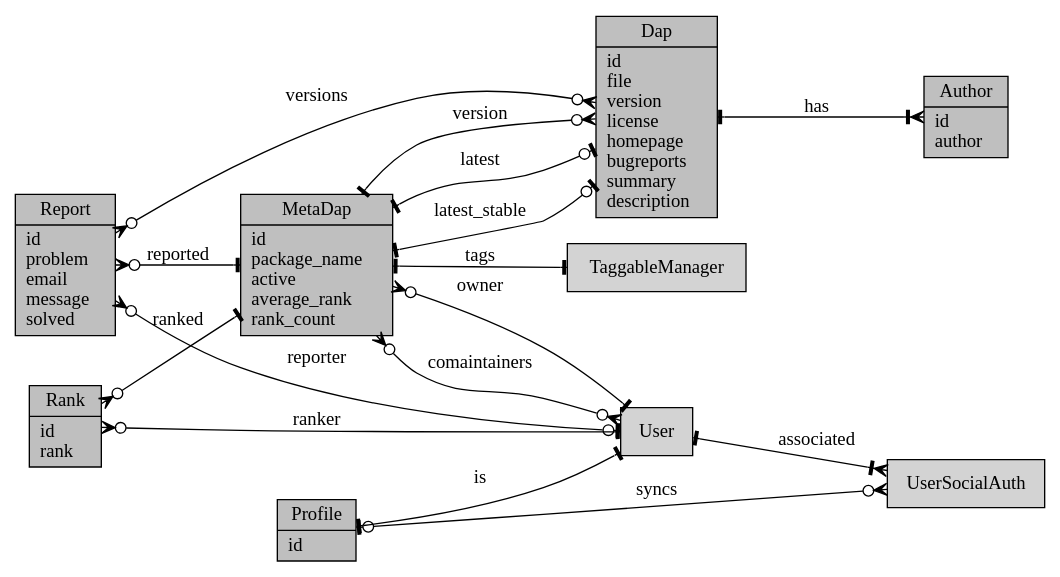
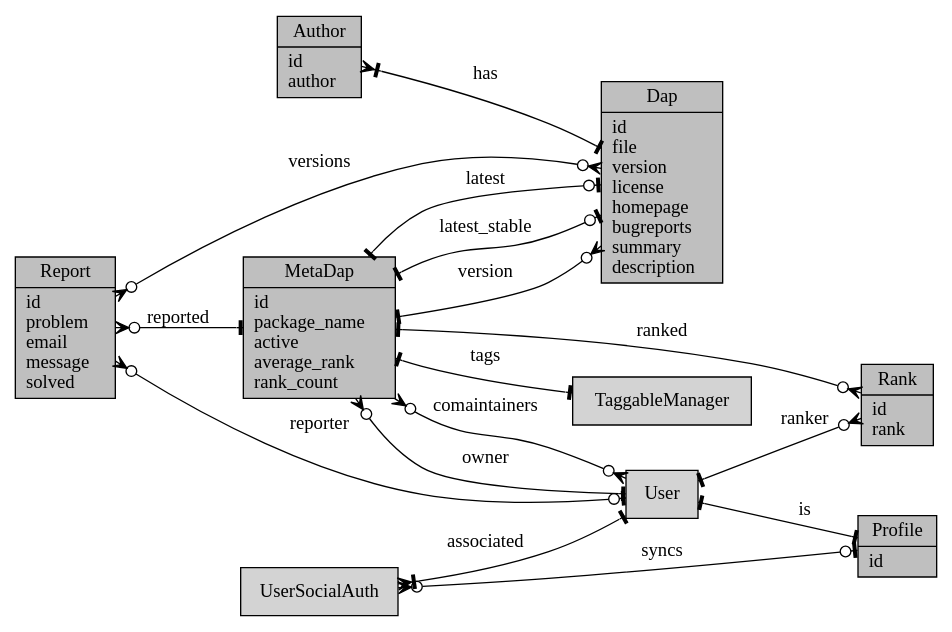
The diagram in pdfs/models.dot (hroncok/bakalarka), drawn with Graphviz before and after one commit. The commit also changed 2 other files, not shown here.

```diff
--- a/pdfs/models.dot
+++ b/pdfs/models.dot
@@ -1,30 +1,30 @@
 digraph ER {
   rankdir=LR;
-  node [shape=record, fillcolor=grey75, style=filled, fontname="Linux Libertine"];
+  node [shape=record, fillcolor=grey75, style=filled, fontname="Linux Libertine O"];
     MetaDap[label="MetaDap|id\lpackage_name\lactive\laverage_rank\lrank_count\l"];
     Dap[label="Dap|id\lfile\lversion\llicense\lhomepage\lbugreports\lsummary\ldescription\l"];
     Author[label="Author|id\lauthor\l"];
     Profile[label="Profile|id\l"];
     Rank[label="Rank|id\lrank\l"];
     Report[label="Report|id\lproblem\lemail\lmessage\lsolved\l"];
   node [fillcolor=lightgrey];
     User;
     UserSocialAuth;
     TaggableManager;
-  edge[dir=both, labelfontname="Linux Libertine", fontname="Linux Libertine"];
-  Profile -> User [arrowhead=tee arrowtail=tee, label="is"];
+  edge[dir=both, labelfontname="Linux Libertine O", fontname="Linux Libertine O"];
+  User -> Profile [arrowhead=tee arrowtail=tee, label="is"];
   MetaDap -> User [arrowhead=tee arrowtail=crowodot, label="owner"];
   MetaDap -> User [arrowhead=crowodot arrowtail=crowodot, label="comaintainers"];
   MetaDap -> Dap [arrowhead=crowodot arrowtail=tee, label="version"];
   MetaDap -> Dap [arrowhead=teeodot arrowtail=tee, label="latest"];
   MetaDap -> Dap [arrowhead=teeodot arrowtail=tee, label="latest_stable"];
-  Dap -> Author [arrowhead=crowtee arrowtail=tee, label="has"];
+  Author -> Dap [arrowhead=tee arrowtail=crowtee, label="has"];
   Rank -> MetaDap [arrowhead=tee arrowtail=crowodot, label="ranked"];
-  Rank -> User [arrowhead=tee arrowtail=crowodot, label="ranker"];
-  Profile -> UserSocialAuth [arrowhead=crowodot arrowtail=teeodot, label="syncs"];
-  User -> UserSocialAuth [arrowhead=crowtee arrowtail=tee, label="associated"];
+  User -> Rank [arrowhead=crowodot arrowtail=tee, label="ranker"];
+  UserSocialAuth -> Profile [arrowhead=teeodot arrowtail=crowodot, label="syncs"];
+  UserSocialAuth -> User [arrowhead=tee arrowtail=crowtee, label="associated"];
   MetaDap -> TaggableManager [arrowhead=tee arrowtail=tee, label="tags"];
   Report -> MetaDap [arrowhead=tee arrowtail=crowodot, label="reported"];
   Report -> User [arrowhead=teeodot arrowtail=crowodot, label="reporter"];
   Report -> Dap [arrowhead=crowodot arrowtail=crowodot, label="versions"];
 }
```
